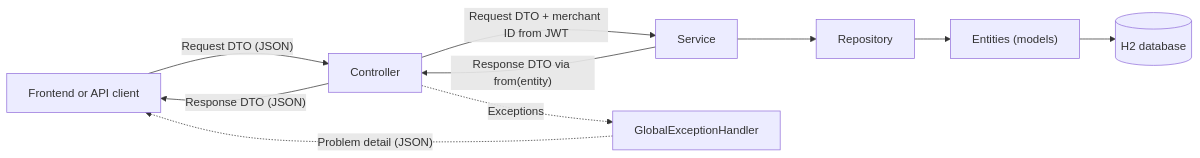
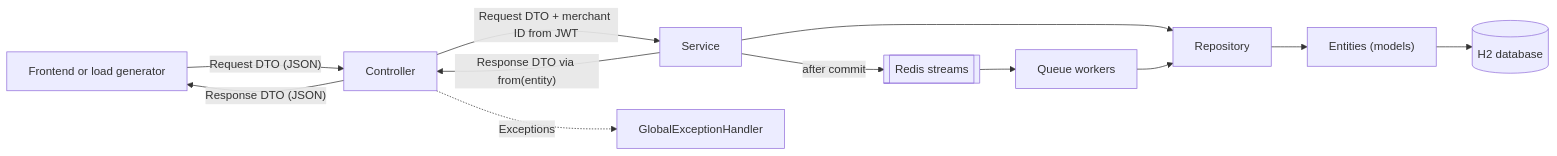
The first of 6 diagrams in docs/relationship-map.md (ShubhamBrody/PaymentGateway), drawn with Mermaid before and after one commit. The commit also changed other lines of this file and 1 other file, not shown here.

First line of the commit message:
Document the queue architecture, testing, and load test results

````diff
--- a/docs/relationship-map.md
+++ b/docs/relationship-map.md
@@ -7,12 +7,14 @@
 ```mermaid
 flowchart LR
-    Client["Frontend or API client"] -->|"Request DTO (JSON)"| Controller
+    Client["Frontend or load generator"] -->|"Request DTO (JSON)"| Controller
     Controller -->|"Request DTO + merchant ID from JWT"| Service
     Service --> Repository
     Repository --> Entity["Entities (models)"]
     Entity --> DB[("H2 database")]
+    Service -->|"after commit"| Queue[["Redis streams"]]
+    Queue --> Worker["Queue workers"]
+    Worker --> Repository
     Service -->|"Response DTO via from(entity)"| Controller
     Controller -->|"Response DTO (JSON)"| Client
     Controller -.->|"Exceptions"| Handler["GlobalExceptionHandler"]
-    Handler -.->|"Problem detail (JSON)"| Client
 ```
````
